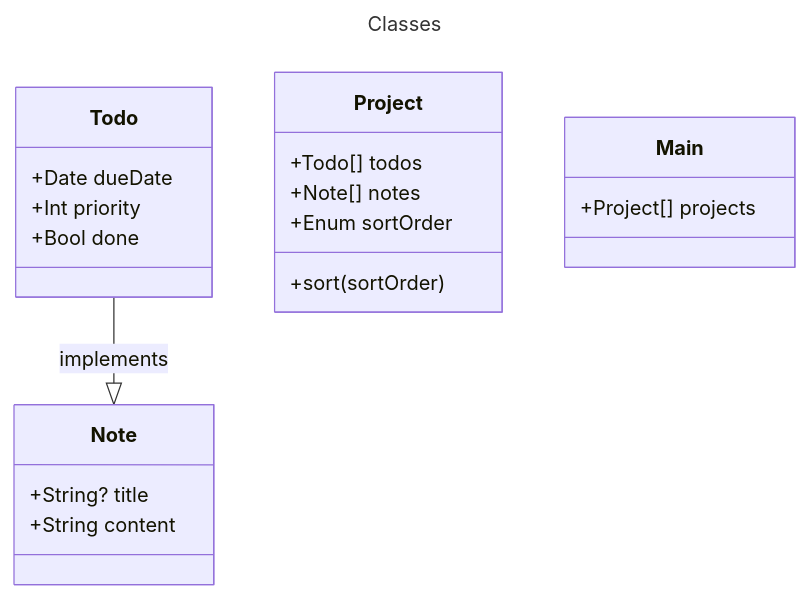
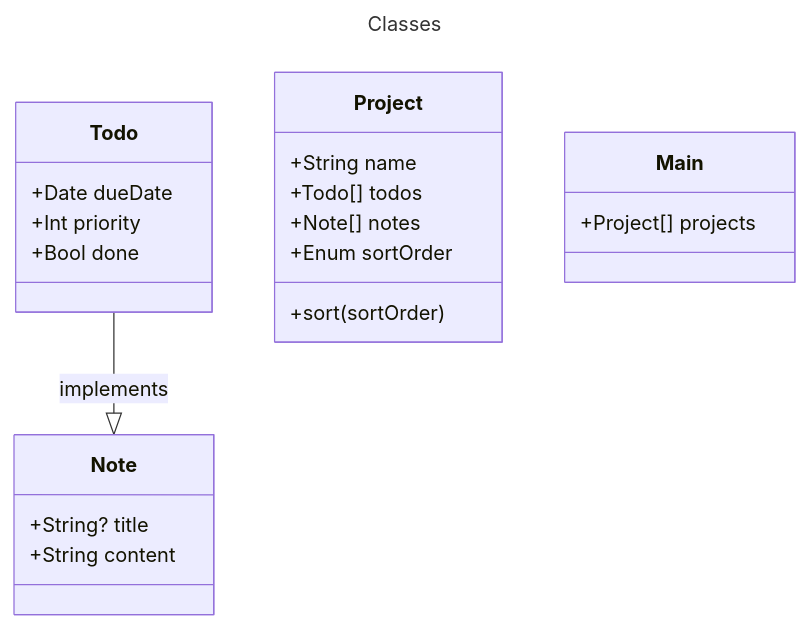
One commit to CyprianESPI/odin-todolist changed the diagram in README.md. Above: the diagram before and after it, drawn with Mermaid. The commit also changed 2 other files, not shown here.

Commit message:
Add Project component

````diff
--- a/README.md
+++ b/README.md
@@ -12,25 +12,26 @@
 ```mermaid
 ---
 title: Classes
 ---
 classDiagram
     Todo --|> Note : implements
 
     class Note
     Note : +String? title
     Note : +String content
 
     class Todo
     Todo : +Date dueDate
     Todo : +Int priority
     Todo : +Bool done
 
     class Project
+    Project: +String name
     Project: +Todo[] todos
     Project: +Note[] notes
     Project: +Enum sortOrder
     Project: +sort(sortOrder)
 
     class Main
     Main: +Project[] projects
 ```
````
